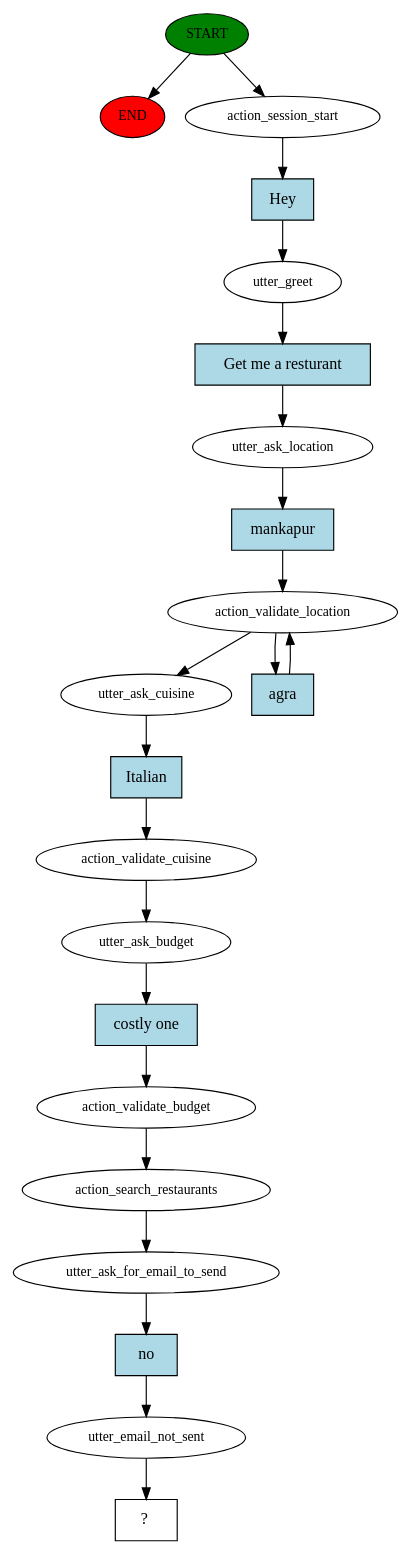
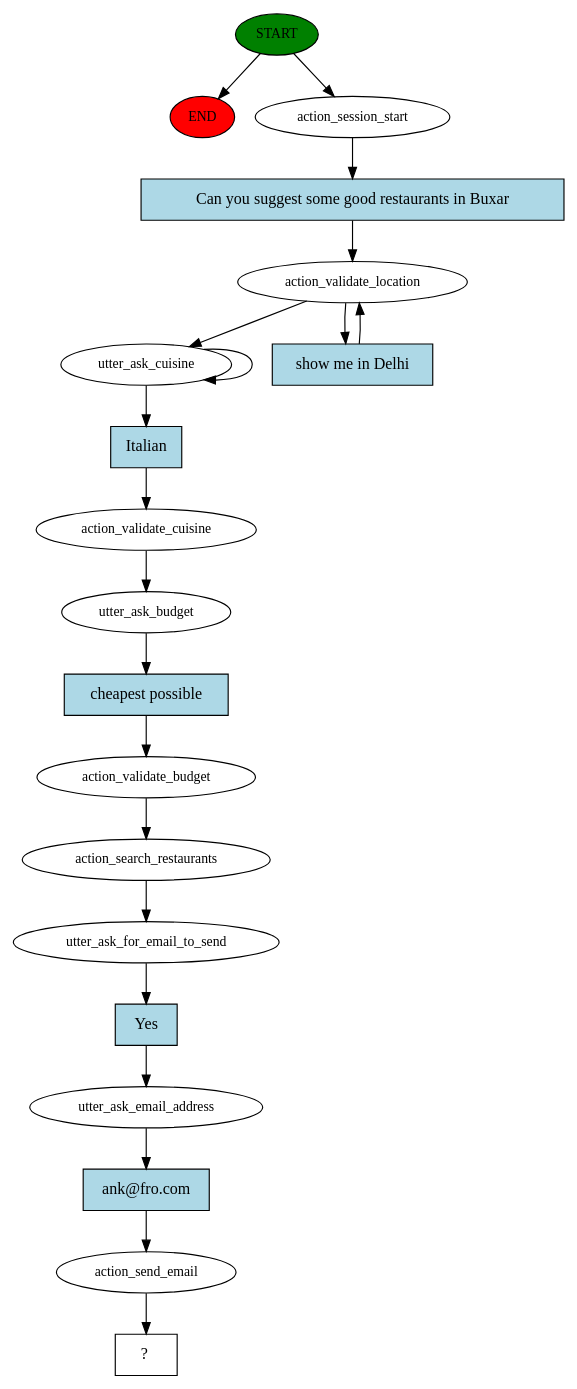
One commit to Ankursrivastavaaa/ChatBot changed the diagram in story_graph.dot. Above: the diagram before and after it, drawn with Graphviz. The commit also changed 3 other files, not shown here.

```diff
--- a/story_graph.dot
+++ b/story_graph.dot
@@ -1,44 +1,41 @@
 digraph  {
 0 [class="start active", fillcolor=green, fontsize=12, label=START, style=filled];
 "-1" [class=end, fillcolor=red, fontsize=12, label=END, style=filled];
 1 [class=active, fontsize=12, label=action_session_start];
-2 [class=active, fontsize=12, label=utter_greet];
-3 [class=active, fontsize=12, label=utter_ask_location];
-4 [class=active, fontsize=12, label=action_validate_location];
-6 [class=active, fontsize=12, label=utter_ask_cuisine];
+2 [class=active, fontsize=12, label=action_validate_location];
+5 [class=active, fontsize=12, label=utter_ask_cuisine];
 7 [class=active, fontsize=12, label=action_validate_cuisine];
 8 [class=active, fontsize=12, label=utter_ask_budget];
 9 [class=active, fontsize=12, label=action_validate_budget];
 10 [class=active, fontsize=12, label=action_search_restaurants];
 11 [class=active, fontsize=12, label=utter_ask_for_email_to_send];
-12 [class=active, fontsize=12, label=utter_email_not_sent];
-13 [class="intent dashed active", label="  ?  ", shape=rect];
-14 [class="intent active", fillcolor=lightblue, label=Hey, shape=rect, style=filled];
-15 [class="intent active", fillcolor=lightblue, label="Get me a resturant", shape=rect, style=filled];
-16 [class="intent active", fillcolor=lightblue, label=mankapur, shape=rect, style=filled];
-17 [class="intent active", fillcolor=lightblue, label=agra, shape=rect, style=filled];
-18 [class="intent active", fillcolor=lightblue, label=Italian, shape=rect, style=filled];
-19 [class="intent active", fillcolor=lightblue, label="costly one", shape=rect, style=filled];
-20 [class="intent active", fillcolor=lightblue, label=no, shape=rect, style=filled];
+12 [class=active, fontsize=12, label=utter_ask_email_address];
+13 [class=active, fontsize=12, label=action_send_email];
+14 [class="intent dashed active", label="  ?  ", shape=rect];
+15 [class="intent active", fillcolor=lightblue, label="Can you suggest some good restaurants in Buxar", shape=rect, style=filled];
+16 [class="intent active", fillcolor=lightblue, label="show me in Delhi", shape=rect, style=filled];
+17 [class="intent active", fillcolor=lightblue, label=Italian, shape=rect, style=filled];
+18 [class="intent active", fillcolor=lightblue, label="cheapest possible", shape=rect, style=filled];
+19 [class="intent active", fillcolor=lightblue, label=Yes, shape=rect, style=filled];
+20 [class="intent active", fillcolor=lightblue, label="ank@fro.com", shape=rect, style=filled];
 0 -> "-1"  [class="", key=NONE, label=""];
 0 -> 1  [class=active, key=NONE, label=""];
-1 -> 14  [class=active, key=0];
-2 -> 15  [class=active, key=0];
-3 -> 16  [class=active, key=0];
-4 -> 6  [class=active, key=NONE, label=""];
-4 -> 17  [class=active, key=0];
-6 -> 18  [class=active, key=0];
+1 -> 15  [class=active, key=0];
+2 -> 5  [class=active, key=NONE, label=""];
+2 -> 16  [class=active, key=0];
+5 -> 5  [class=active, key=NONE, label=""];
+5 -> 17  [class=active, key=0];
 7 -> 8  [class=active, key=NONE, label=""];
-8 -> 19  [class=active, key=0];
+8 -> 18  [class=active, key=0];
 9 -> 10  [class=active, key=NONE, label=""];
 10 -> 11  [class=active, key=NONE, label=""];
-11 -> 20  [class=active, key=0];
-12 -> 13  [class=active, key=NONE, label=""];
-14 -> 2  [class=active, key=0];
-15 -> 3  [class=active, key=0];
-16 -> 4  [class=active, key=0];
-17 -> 4  [class=active, key=0];
-18 -> 7  [class=active, key=0];
-19 -> 9  [class=active, key=0];
-20 -> 12  [class=active, key=0];
+11 -> 19  [class=active, key=0];
+12 -> 20  [class=active, key=0];
+13 -> 14  [class=active, key=NONE, label=""];
+15 -> 2  [class=active, key=0];
+16 -> 2  [class=active, key=0];
+17 -> 7  [class=active, key=0];
+18 -> 9  [class=active, key=0];
+19 -> 12  [class=active, key=0];
+20 -> 13  [class=active, key=0];
 }
```
